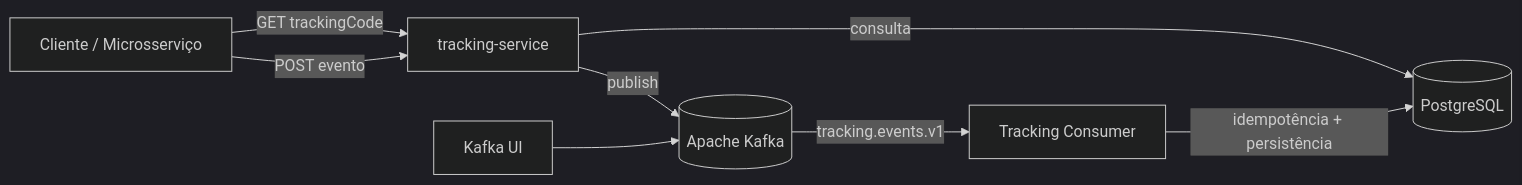
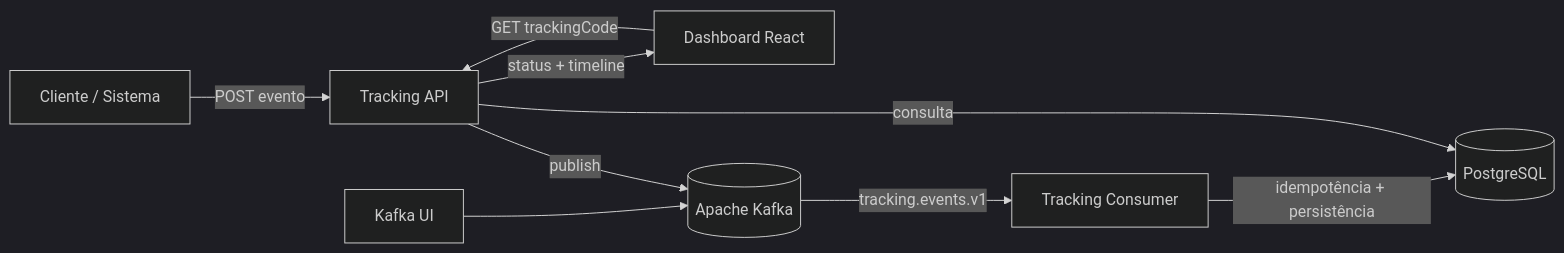
Before and after one commit to juceliocoelho2022/logiflow-tracking-system: the diagram in README.md, drawn with Mermaid (dark theme). The commit also changed other lines of this file, not shown here.

Commit message:
docs: add dashboard web to project documentation

````diff
--- a/README.md
+++ b/README.md
@@ -69,10 +68,13 @@
 ```mermaid
 flowchart LR
-    A[Cliente / Microsserviço] -->|POST evento| B[tracking-service]
+    A[Cliente / Sistema] -->|POST evento| B[Tracking API]
     B -->|publish| C[(Apache Kafka)]
     C -->|tracking.events.v1| D[Tracking Consumer]
     D -->|idempotência + persistência| E[(PostgreSQL)]
-    A -->|GET trackingCode| B
+
+    F[Dashboard React] -->|GET trackingCode| B
     B -->|consulta| E
-    F[Kafka UI] --> C
+    B -->|status + timeline| F
+
+    G[Kafka UI] --> C
 ```
````
